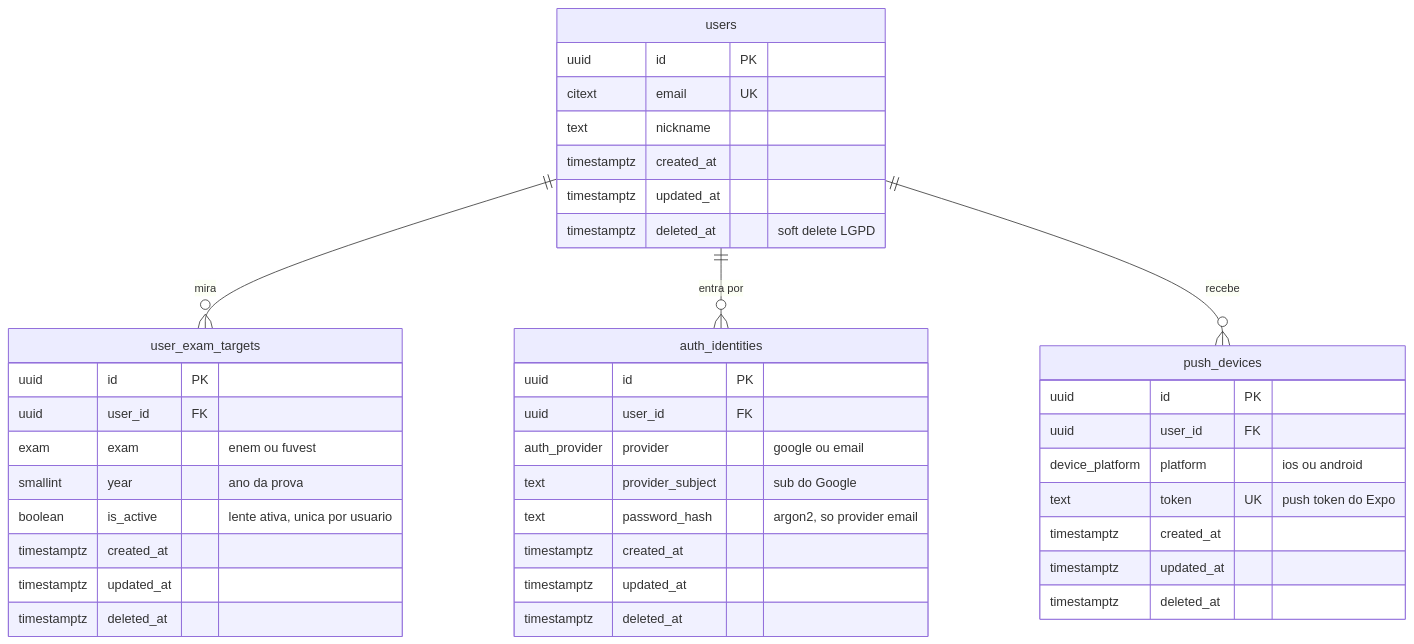
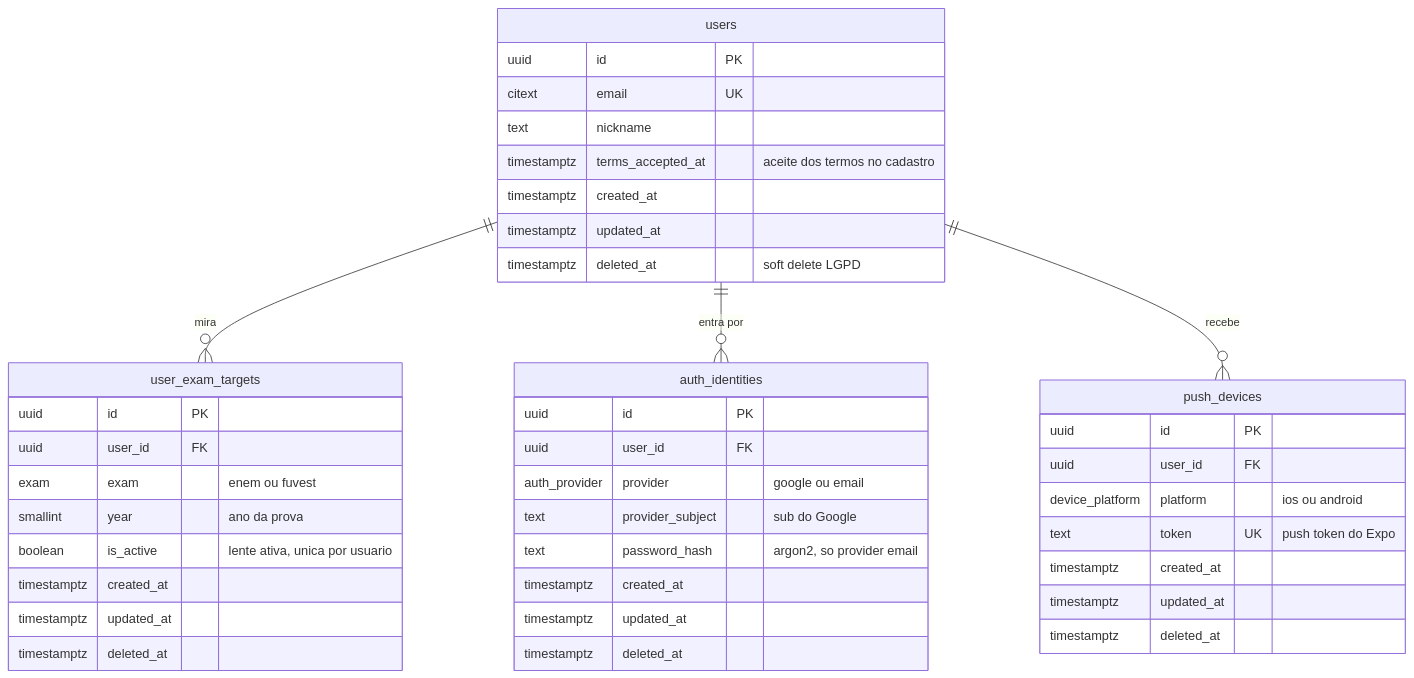
Before and after one commit to kaualimadesouza/argumenta-api: the second of 5 diagrams in docs/DER.md, drawn with Mermaid. The commit also changed other lines of this file, not shown here.

Commit message:
docs: DER v0.6 - terms_accepted_at on users

````diff
--- a/docs/DER.md
+++ b/docs/DER.md
@@ -62,43 +66,44 @@
 ```mermaid
 erDiagram
   users {
     uuid id PK
     citext email UK
     text nickname
+    timestamptz terms_accepted_at "aceite dos termos no cadastro"
     timestamptz created_at
     timestamptz updated_at
     timestamptz deleted_at "soft delete LGPD"
   }
   user_exam_targets {
     uuid id PK
     uuid user_id FK
     exam exam "enem ou fuvest"
     smallint year "ano da prova"
     boolean is_active "lente ativa, unica por usuario"
     timestamptz created_at
     timestamptz updated_at
     timestamptz deleted_at
   }
   auth_identities {
     uuid id PK
     uuid user_id FK
     auth_provider provider "google ou email"
     text provider_subject "sub do Google"
     text password_hash "argon2, so provider email"
     timestamptz created_at
     timestamptz updated_at
     timestamptz deleted_at
   }
   push_devices {
     uuid id PK
     uuid user_id FK
     device_platform platform "ios ou android"
     text token UK "push token do Expo"
     timestamptz created_at
     timestamptz updated_at
     timestamptz deleted_at
   }
   users ||--o{ user_exam_targets : "mira"
   users ||--o{ auth_identities : "entra por"
   users ||--o{ push_devices : "recebe"
 ```
````
